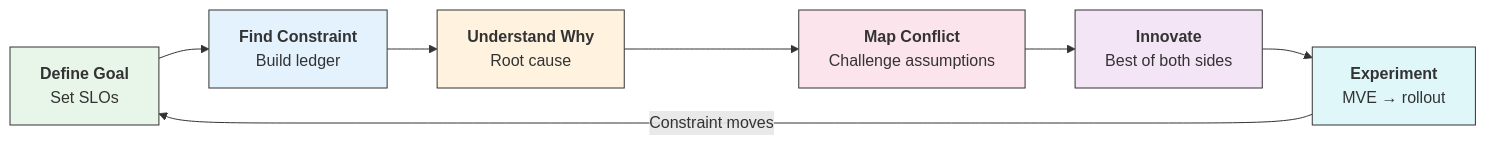
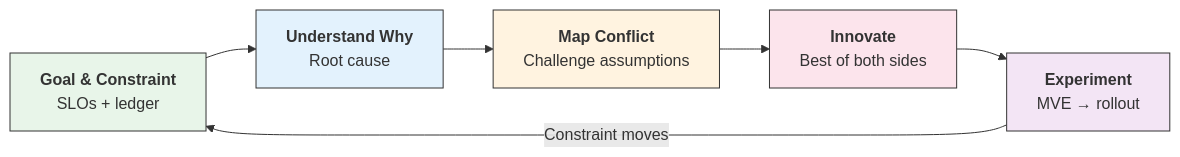
The diagram in posts/mlsys/improving-mlsys-theory-of-constraint.qmd (ImadDabbura/imaddabbura.github.io), drawn with Mermaid before and after one commit. The commit also changed other lines of this file and 9 other files, not shown here.

````diff
--- a/posts/mlsys/improving-mlsys-theory-of-constraint.qmd
+++ b/posts/mlsys/improving-mlsys-theory-of-constraint.qmd
@@ -360,17 +365,15 @@
 ```{mermaid}
 %%| fig-cap: "The Theory of Constraints is a cycle, not a line"
 flowchart LR
-    A["<b>Define Goal</b><br/>Set SLOs"] --> B["<b>Find Constraint</b><br/>Build ledger"]
-    B --> C["<b>Understand Why</b><br/>Root cause"]
-    C --> D["<b>Map Conflict</b><br/>Challenge assumptions"]
-    D --> E["<b>Innovate</b><br/>Best of both sides"]
-    E --> F["<b>Experiment</b><br/>MVE → rollout"]
-    F --> |"Constraint moves"| A
+    A["<b>Goal & Constraint</b><br/>SLOs + ledger"] --> B["<b>Understand Why</b><br/>Root cause"]
+    B --> C["<b>Map Conflict</b><br/>Challenge assumptions"]
+    C --> D["<b>Innovate</b><br/>Best of both sides"]
+    D --> E["<b>Experiment</b><br/>MVE → rollout"]
+    E --> |"Constraint moves"| A
 
     style A fill:#e8f5e9,stroke:#333
     style B fill:#e3f2fd,stroke:#333
     style C fill:#fff3e0,stroke:#333
     style D fill:#fce4ec,stroke:#333
     style E fill:#f3e5f5,stroke:#333
-    style F fill:#e0f7fa,stroke:#333
 ```
````
